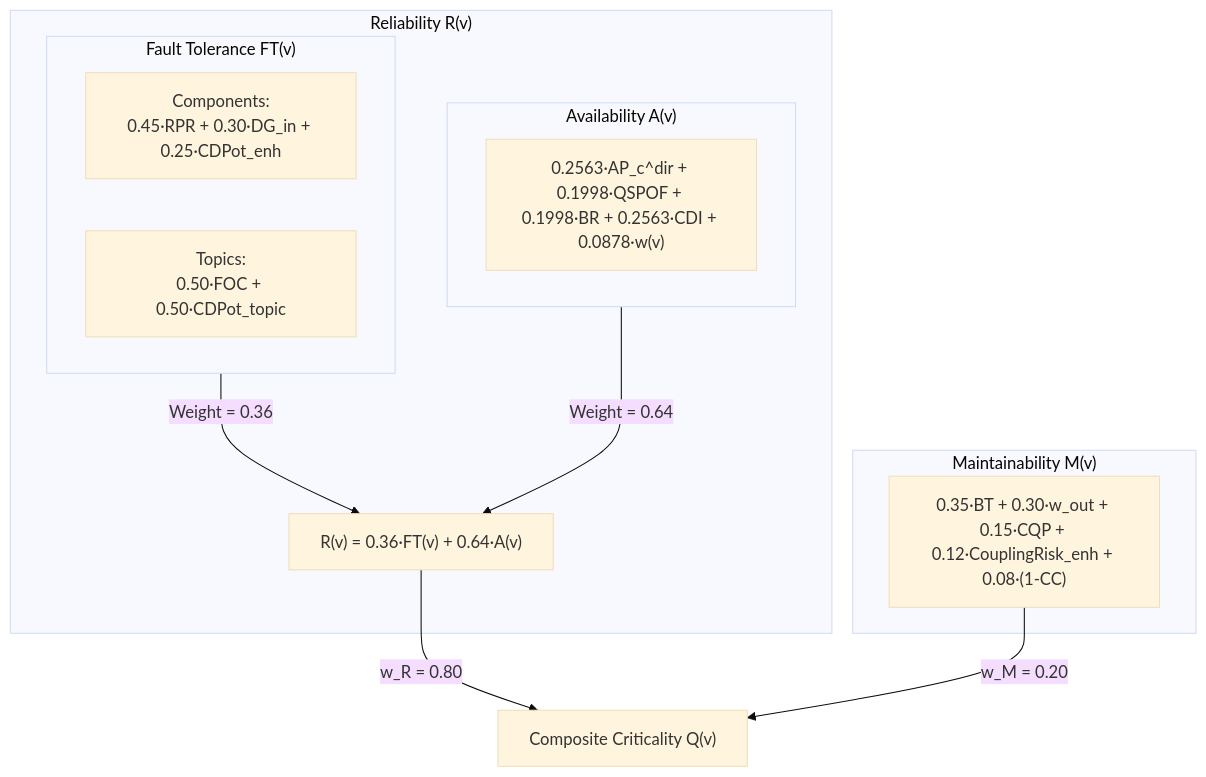
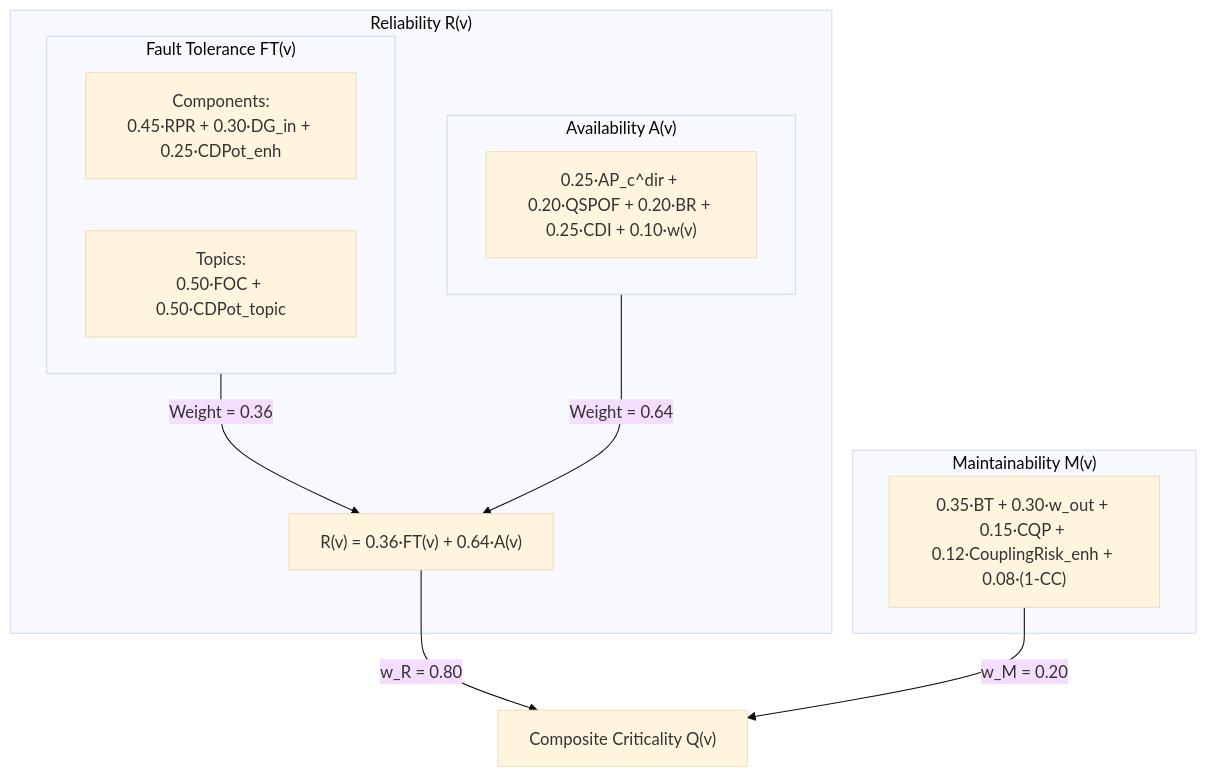
One commit to onuralpyigit/software-as-a-graph changed the fourth of 5 diagrams in docs/quality-model.md. Above: the diagram before and after it, drawn with Mermaid (base theme). The commit also changed other lines of this file and 19 other files, not shown here.

````diff
--- a/docs/quality-model.md
+++ b/docs/quality-model.md
@@ -335,21 +335,21 @@
 ```mermaid
 flowchart TD
     subgraph ReliabilityCalculation["Reliability R(v)"]
         subgraph FTGroup["Fault Tolerance FT(v)"]
             FT_Comp["Components:<br>0.45·RPR + 0.30·DG_in + 0.25·CDPot_enh"]
             FT_Topic["Topics:<br>0.50·FOC + 0.50·CDPot_topic"]
         end
         subgraph AGroup["Availability A(v)"]
-            A_Formula["0.2563·AP_c^dir + 0.1998·QSPOF + 0.1998·BR + 0.2563·CDI + 0.0878·w(v)"]
+            A_Formula["0.25·AP_c^dir + 0.20·QSPOF + 0.20·BR + 0.25·CDI + 0.10·w(v)"]
         end
         FTGroup -->|Weight = 0.36| R_Blend["R(v) = 0.36·FT(v) + 0.64·A(v)"]
         AGroup -->|Weight = 0.64| R_Blend
     end
 
     subgraph MaintainabilityCalculation["Maintainability M(v)"]
         M_Formula["0.35·BT + 0.30·w_out + 0.15·CQP + 0.12·CouplingRisk_enh + 0.08·(1-CC)"]
     end
 
     R_Blend -->|w_R = 0.80| Q_Composite["Composite Criticality Q(v)"]
     M_Formula -->|w_M = 0.20| Q_Composite
 ```
````
